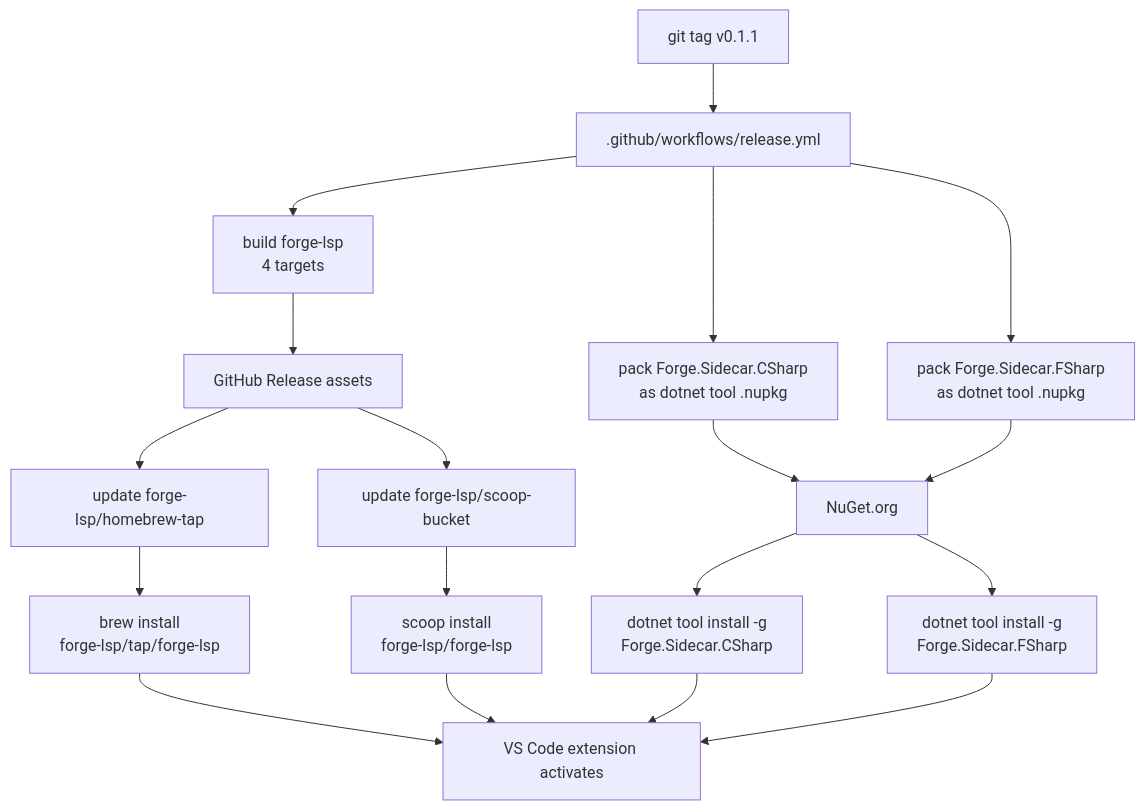
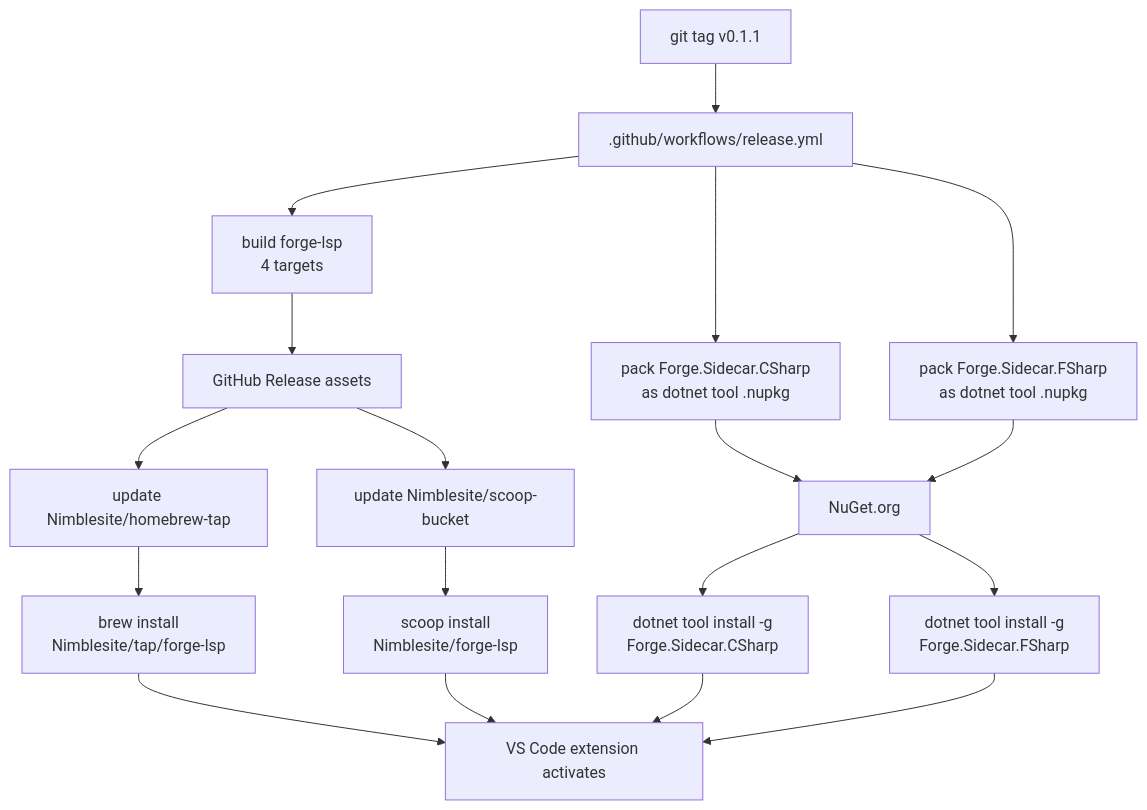
The first of 2 diagrams in docs/specs/BINARY-DEPLOYMENT.md (Nimblesite/SharpLsp), drawn with Mermaid before and after one commit. The commit also changed other lines of this file and 256 other files, not shown here.

First line of the commit message:
Expand Forge LSP features, editor tooling, and CI packaging (#2)

````diff
--- a/docs/specs/BINARY-DEPLOYMENT.md
+++ b/docs/specs/BINARY-DEPLOYMENT.md
@@ -35,17 +35,17 @@
 ```mermaid
 flowchart TD
     Tag["git tag v0.1.1"] --> Release[.github/workflows/release.yml]
     Release --> BuildRust["build forge-lsp<br/>4 targets"]
     Release --> PackCS["pack Forge.Sidecar.CSharp<br/>as dotnet tool .nupkg"]
     Release --> PackFS["pack Forge.Sidecar.FSharp<br/>as dotnet tool .nupkg"]
     BuildRust --> GH[GitHub Release assets]
     PackCS --> Nuget[NuGet.org]
     PackFS --> Nuget
-    GH --> Brew[update forge-lsp/homebrew-tap]
-    GH --> Scoop[update forge-lsp/scoop-bucket]
-    Brew --> UserBrew["brew install<br/>forge-lsp/tap/forge-lsp"]
-    Scoop --> UserScoop["scoop install<br/>forge-lsp/forge-lsp"]
+    GH --> Brew[update Nimblesite/homebrew-tap]
+    GH --> Scoop[update Nimblesite/scoop-bucket]
+    Brew --> UserBrew["brew install<br/>Nimblesite/tap/forge-lsp"]
+    Scoop --> UserScoop["scoop install<br/>Nimblesite/forge-lsp"]
     Nuget --> UserCS["dotnet tool install -g<br/>Forge.Sidecar.CSharp"]
     Nuget --> UserFS["dotnet tool install -g<br/>Forge.Sidecar.FSharp"]
     UserBrew & UserScoop & UserCS & UserFS --> VSIX[VS Code extension activates]
 ```
````
